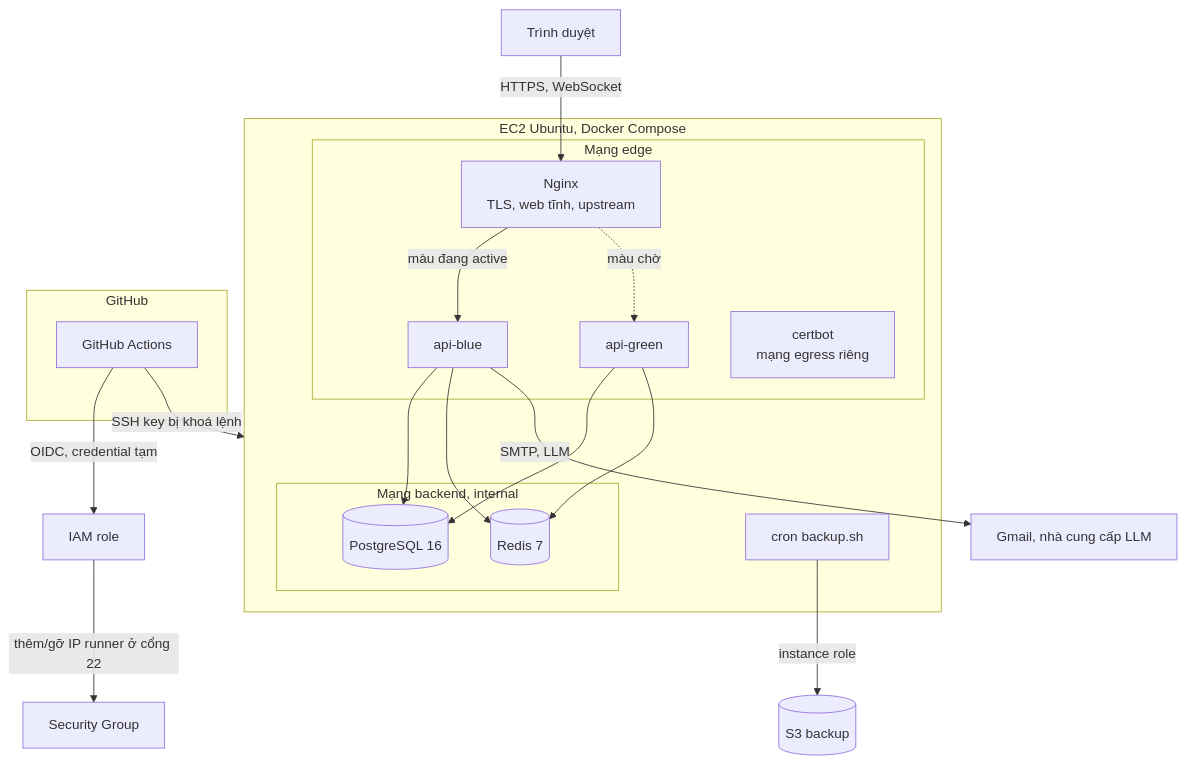
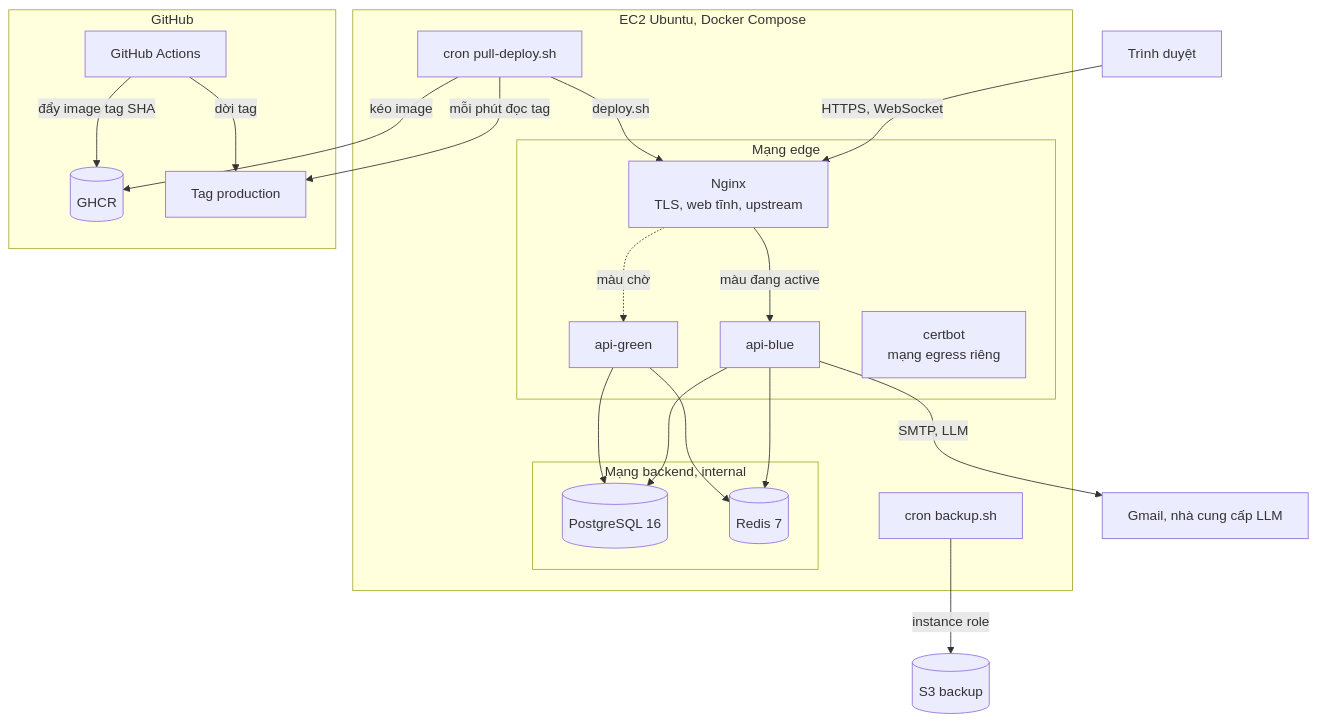
One commit to NguyenThaiDung2003/shopfast changed the first of 6 diagrams in docs/architecture.md. Above: the diagram before and after it, drawn with Mermaid. The commit also changed other lines of this file and 5 other files, not shown here.

````diff
--- a/docs/architecture.md
+++ b/docs/architecture.md
@@ -7,34 +7,39 @@
 ```mermaid
 flowchart TB
   user[Trình duyệt] -->|HTTPS, WebSocket| nginx
 
   subgraph ec2[EC2 Ubuntu, Docker Compose]
     subgraph edge[Mạng edge]
       nginx[Nginx<br/>TLS, web tĩnh, upstream]
       blue[api-blue]
       green[api-green]
       certbot[certbot<br/>mạng egress riêng]
     end
     subgraph backend[Mạng backend, internal]
       pg[(PostgreSQL 16)]
       redis[(Redis 7)]
     end
     nginx -->|màu đang active| blue
     nginx -.->|màu chờ| green
     blue --> pg
     blue --> redis
     green --> pg
     green --> redis
     cron[cron backup.sh]
+    puller
   end
 
   blue -->|SMTP, LLM| ext[Gmail, nhà cung cấp LLM]
   cron -->|instance role| s3[(S3 backup)]
 
   subgraph gh[GitHub]
     actions[GitHub Actions]
+    ghcr[(GHCR)]
+    tag[Tag production]
   end
-  actions -->|OIDC, credential tạm| iam[IAM role]
-  iam -->|thêm/gỡ IP runner ở cổng 22| sg[Security Group]
-  actions -->|SSH key bị khoá lệnh| ec2
+  actions -->|đẩy image tag SHA| ghcr
+  actions -->|dời tag| tag
+  puller[cron pull-deploy.sh] -->|mỗi phút đọc tag| tag
+  puller -->|kéo image| ghcr
+  puller -->|deploy.sh| nginx
 ```
````
